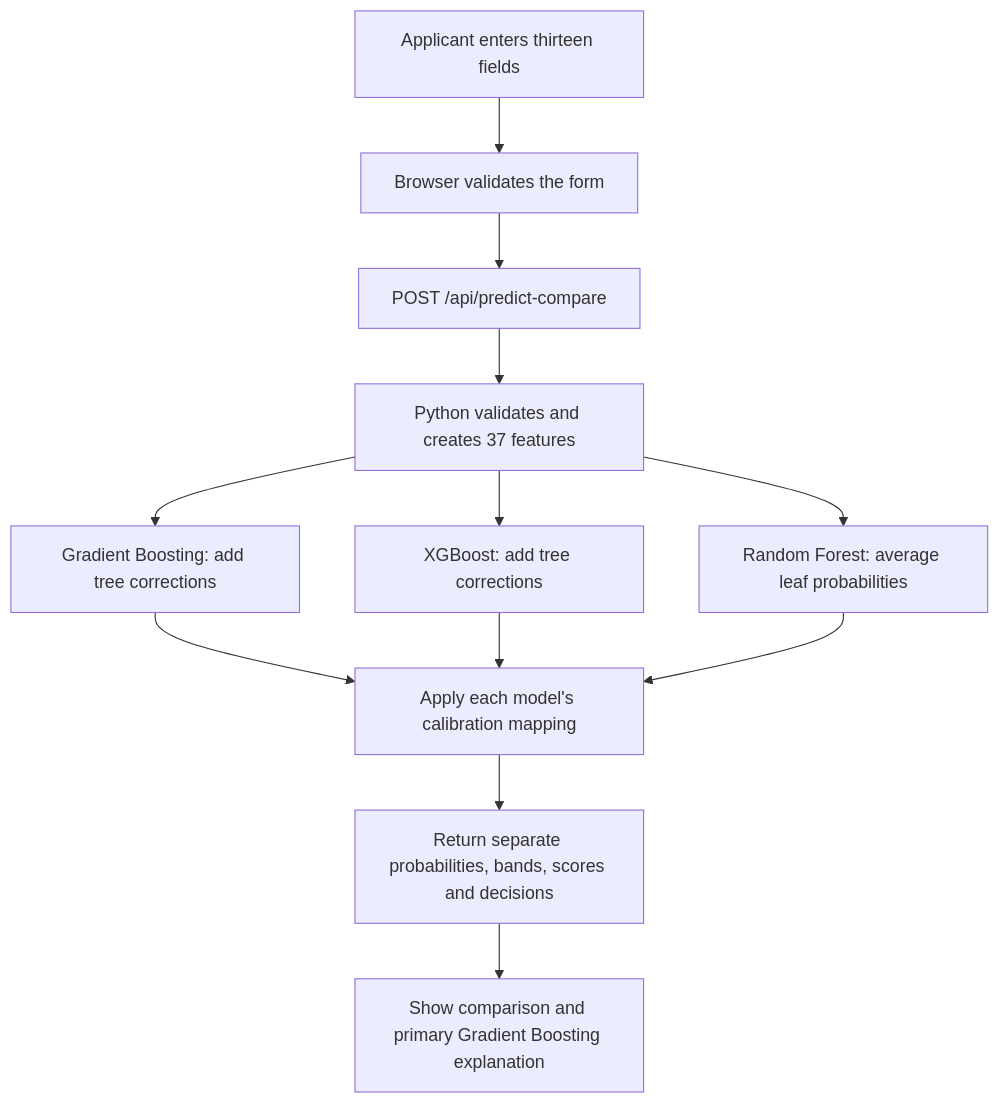
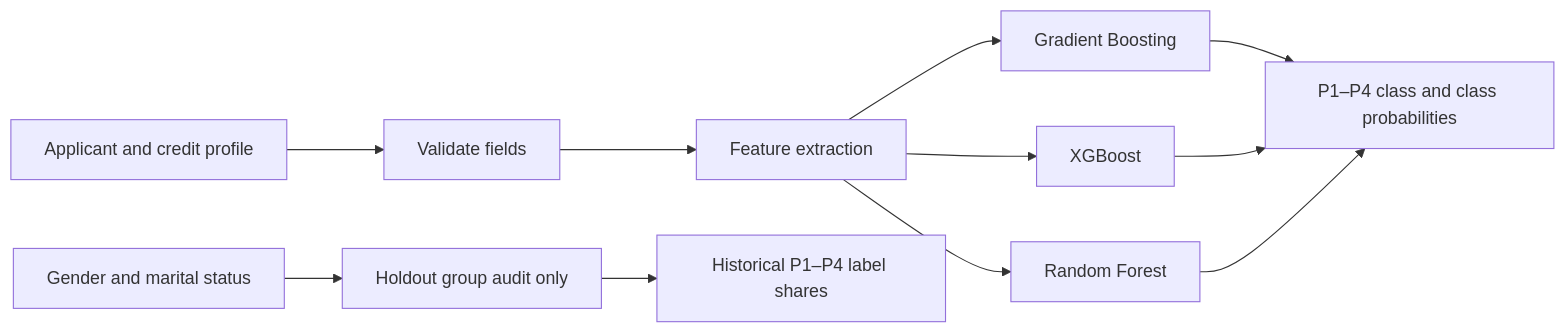
The diagram in README.md (gursimrannkaurr/credoscore), drawn with Mermaid before and after one commit. The commit also changed other lines of this file and 22 other files, not shown here.

````diff
--- a/README.md
+++ b/README.md
@@ -31,14 +23,13 @@
 ```mermaid
-flowchart TD
-    A[Applicant enters thirteen fields] --> B[Browser validates the form]
-    B --> C[POST /api/predict-compare]
-    C --> D[Python validates and creates 37 features]
-    D --> E[Gradient Boosting: add tree corrections]
-    D --> F[XGBoost: add tree corrections]
-    D --> G[Random Forest: average leaf probabilities]
-    E --> H[Apply each model's calibration mapping]
-    F --> H
-    G --> H
-    H --> I[Return separate probabilities, bands, scores and decisions]
-    I --> J[Show comparison and primary Gradient Boosting explanation]
+flowchart LR
+  A[Applicant and credit profile] --> B[Validate fields]
+  B --> C[Feature extraction]
+  C --> D[Gradient Boosting]
+  C --> E[XGBoost]
+  C --> F[Random Forest]
+  D --> G[P1–P4 class and class probabilities]
+  E --> G
+  F --> G
+  H[Gender and marital status] --> I[Holdout group audit only]
+  I --> J[Historical P1–P4 label shares]
 ```
````
